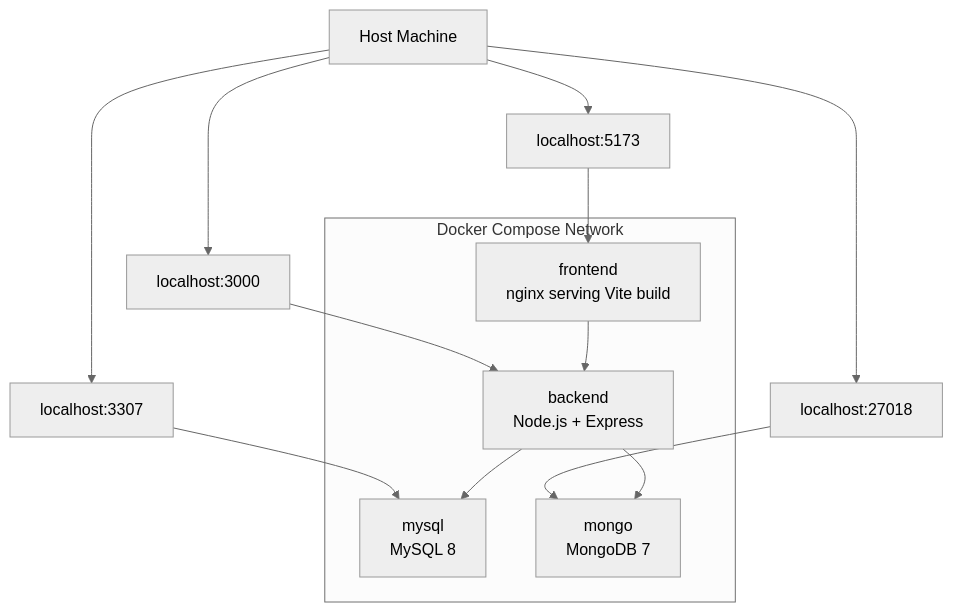
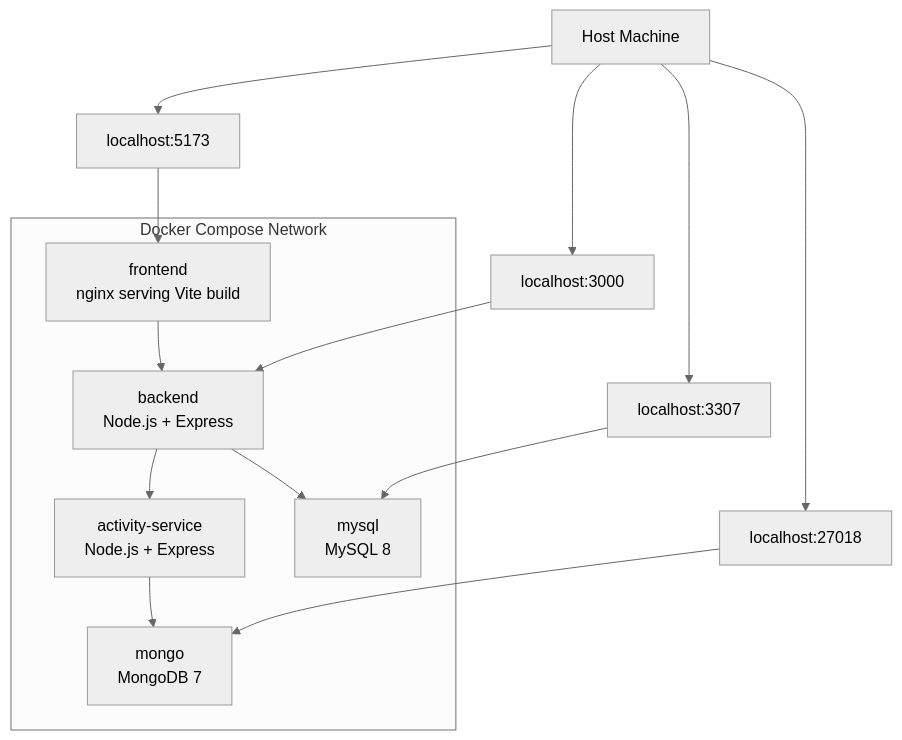
Before and after one commit to Dexteroso/expenses_report: the second of 4 diagrams in docs/architecture.md, drawn with Mermaid (neutral theme). The commit also changed other lines of this file and 13 other files, not shown here.

Commit message:
Extract activity logging into service

````diff
--- a/docs/architecture.md
+++ b/docs/architecture.md
@@ -22,22 +23,24 @@
 ```mermaid
 flowchart TB
   host["Host Machine"] --> frontendPort["localhost:5173"]
   host --> backendPort["localhost:3000"]
   host --> mysqlPort["localhost:3307"]
   host --> mongoPort["localhost:27018"]
 
   subgraph compose["Docker Compose Network"]
     frontend["frontend\nnginx serving Vite build"]
     backend["backend\nNode.js + Express"]
+    activity["activity-service\nNode.js + Express"]
     mysql["mysql\nMySQL 8"]
     mongo["mongo\nMongoDB 7"]
   end
 
   frontendPort --> frontend
   backendPort --> backend
   mysqlPort --> mysql
   mongoPort --> mongo
   frontend --> backend
   backend --> mysql
-  backend --> mongo
+  backend --> activity
+  activity --> mongo
 ```
````
